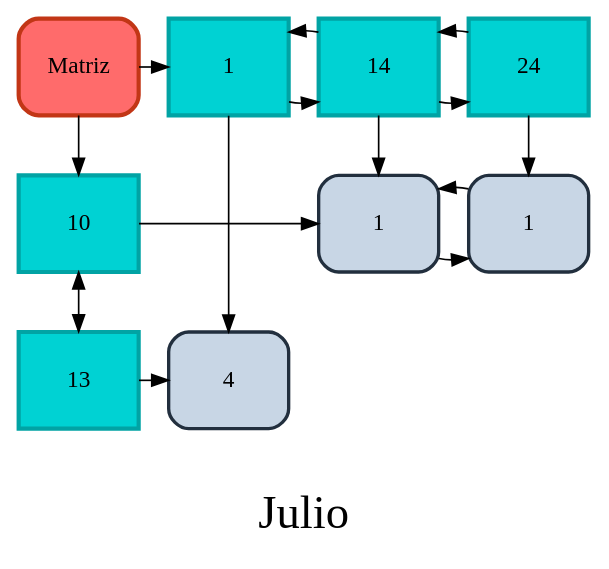
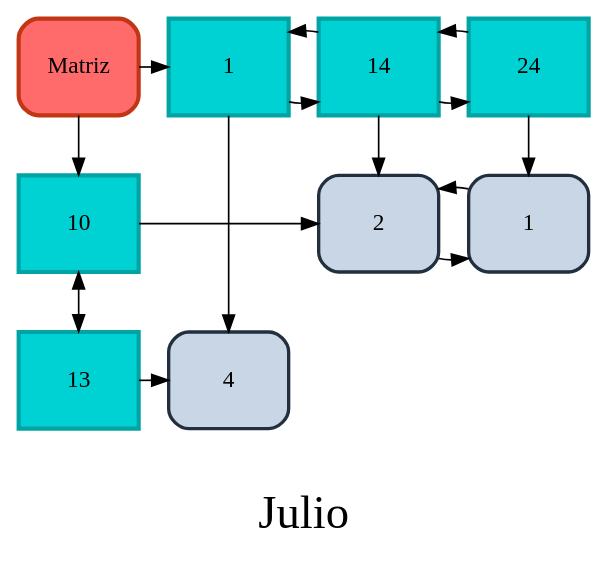
One commit to DanielDubonDR/EDD_SmartClass_201901772 changed the diagram in Fase_2/Archivos_dot/Dispersa.dot. Above: the diagram before and after it, drawn with Graphviz. The commit also changed 3 other files, not shown here.

```diff
--- a/Fase_2/Archivos_dot/Dispersa.dot
+++ b/Fase_2/Archivos_dot/Dispersa.dot
@@ -1,34 +1,34 @@
 
         digraph G {
         label="\nJulio" fontsize=28;
         node [shape=box, height=0.8];
         Head[ label = "Matriz", width = 1, style = "filled, rounded" fillcolor = "#ff6b6b", color="#c23616" group = 1 penwidth=2.5];
         
 		F10 [label = "10"   width = 1 style = filled, fillcolor = "#00d2d3", color="#01a3a4" penwidth=2.5 group = 1 ];
 		F13 [label = "13"   width = 1 style = filled, fillcolor = "#00d2d3", color="#01a3a4" penwidth=2.5 group = 1 ];
 		edge[dir="both"];
 		F10 -> F13;
 		edge[dir="forward"];
 		C1 [label = "1"   width = 1 style = filled, fillcolor = "#00d2d3", color="#01a3a4" penwidth=2.5 group = 1 ];
 		C14 [label = "14"   width = 1 style = filled, fillcolor = "#00d2d3", color="#01a3a4" penwidth=2.5 group = 14 ];
 		C24 [label = "24"   width = 1 style = filled, fillcolor = "#00d2d3", color="#01a3a4" penwidth=2.5 group = 24 ];
 		C1 -> C14;
 		C14 -> C1;
 		C14 -> C24;
 		C24 -> C14;
 		Head -> F10; 
 		Head -> C1;
 		{ rank = same; Head;C1; C14; C24; }
-		N10_L14 [label = "1" width = 1, style="filled, rounded" fillcolor="#c8d6e5" color="#222f3e" penwidth=2 group = 14 ];
+		N10_L14 [label = "2" width = 1, style="filled, rounded" fillcolor="#c8d6e5" color="#222f3e" penwidth=2 group = 14 ];
 		F10 -> N10_L14;
 		N10_L14-> N10_L24;
 		N10_L24-> N10_L14;
 		N10_L24 [label = "1" width = 1, style="filled, rounded" fillcolor="#c8d6e5" color="#222f3e" penwidth=2 group = 24 ];
 		N13_L1 [label = "4" width = 1, style="filled, rounded" fillcolor="#c8d6e5" color="#222f3e" penwidth=2 group = 1 ];
 		F13 -> N13_L1;
 		{ rank = same; F10; N10_L14; N10_L24; }
 		{ rank = same; F13; N13_L1; }
 		C1 -> N13_L1;
 		C14 -> N10_L14;
 		C24 -> N10_L24;
 }
```
